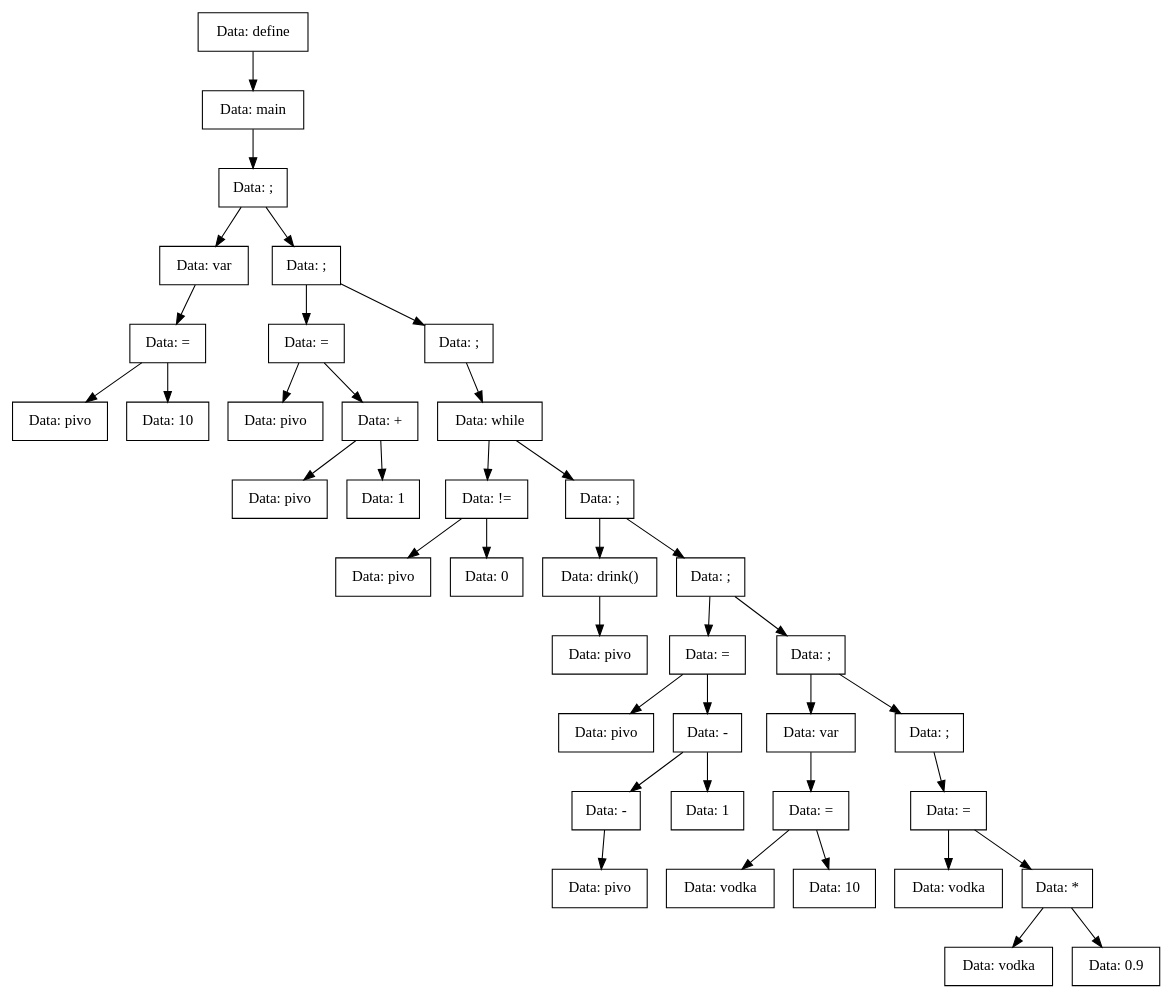
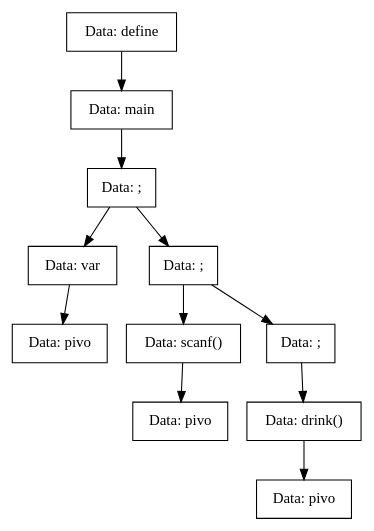
Before and after one commit to vorontsov-amd/Compiller: the diagram in TreeDump/main.dot, drawn with Graphviz. The commit also changed 21 other files, not shown here.

```diff
--- a/TreeDump/main.dot
+++ b/TreeDump/main.dot
@@ -1,79 +1,23 @@
 digraph main{
-Node0x561929f39360[shape="record", label="Data: define"];
-Node0x561929f39310[shape="record", label="Data: main"];
-Node0x561929f39270[shape="record", label="Data: ;"];
-Node0x561929f39090[shape="record", label="Data: var"];
-Node0x561929f390e0[shape="record", label="Data: ="];
-Node0x561929f39180[shape="record", label="Data: pivo"];
-Node0x561929f390e0->Node0x561929f39180;
-Node0x561929f39130[shape="record", label="Data: 10"];
-Node0x561929f390e0->Node0x561929f39130;
-Node0x561929f39090->Node0x561929f390e0;
-Node0x561929f39270->Node0x561929f39090;
-Node0x561929f38fa0[shape="record", label="Data: ;"];
-Node0x561929f39630[shape="record", label="Data: ="];
-Node0x561929f39540[shape="record", label="Data: pivo"];
-Node0x561929f39630->Node0x561929f39540;
-Node0x561929f39400[shape="record", label="Data: +"];
-Node0x561929f393b0[shape="record", label="Data: pivo"];
-Node0x561929f39400->Node0x561929f393b0;
-Node0x561929f391d0[shape="record", label="Data: 1"];
-Node0x561929f39400->Node0x561929f391d0;
-Node0x561929f39630->Node0x561929f39400;
-Node0x561929f38fa0->Node0x561929f39630;
-Node0x561929f39040[shape="record", label="Data: ;"];
-Node0x561929f38ff0[shape="record", label="Data: while"];
-Node0x561929f39860[shape="record", label="Data: !="];
-Node0x561929f398b0[shape="record", label="Data: pivo"];
-Node0x561929f39860->Node0x561929f398b0;
-Node0x561929f39a90[shape="record", label="Data: 0"];
-Node0x561929f39860->Node0x561929f39a90;
-Node0x561929f38ff0->Node0x561929f39860;
-Node0x561929f39b30[shape="record", label="Data: ;"];
-Node0x561929f39b80[shape="record", label="Data: drink()"];
-Node0x561929f39ae0[shape="record", label="Data: pivo"];
-Node0x561929f39b80->Node0x561929f39ae0;
-Node0x561929f39b30->Node0x561929f39b80;
-Node0x561929f39a40[shape="record", label="Data: ;"];
-Node0x561929f399f0[shape="record", label="Data: ="];
-Node0x561929f39900[shape="record", label="Data: pivo"];
-Node0x561929f399f0->Node0x561929f39900;
-Node0x561929f397c0[shape="record", label="Data: -"];
-Node0x561929f39770[shape="record", label="Data: -"];
-Node0x561929f39810[shape="record", label="Data: pivo"];
-Node0x561929f39770->Node0x561929f39810;
-Node0x561929f397c0->Node0x561929f39770;
-Node0x561929f39720[shape="record", label="Data: 1"];
-Node0x561929f397c0->Node0x561929f39720;
-Node0x561929f399f0->Node0x561929f397c0;
-Node0x561929f39a40->Node0x561929f399f0;
-Node0x561929f39680[shape="record", label="Data: ;"];
-Node0x561929f39950[shape="record", label="Data: var"];
-Node0x561929f399a0[shape="record", label="Data: ="];
-Node0x561929f396d0[shape="record", label="Data: vodka"];
-Node0x561929f399a0->Node0x561929f396d0;
-Node0x561929f392c0[shape="record", label="Data: 10"];
-Node0x561929f399a0->Node0x561929f392c0;
-Node0x561929f39950->Node0x561929f399a0;
-Node0x561929f39680->Node0x561929f39950;
-Node0x561929f39220[shape="record", label="Data: ;"];
-Node0x561929f394a0[shape="record", label="Data: ="];
-Node0x561929f394f0[shape="record", label="Data: vodka"];
-Node0x561929f394a0->Node0x561929f394f0;
-Node0x561929f39450[shape="record", label="Data: *"];
-Node0x561929f395e0[shape="record", label="Data: vodka"];
-Node0x561929f39450->Node0x561929f395e0;
-Node0x561929f39590[shape="record", label="Data: 0.9"];
-Node0x561929f39450->Node0x561929f39590;
-Node0x561929f394a0->Node0x561929f39450;
-Node0x561929f39220->Node0x561929f394a0;
-Node0x561929f39680->Node0x561929f39220;
-Node0x561929f39a40->Node0x561929f39680;
-Node0x561929f39b30->Node0x561929f39a40;
-Node0x561929f38ff0->Node0x561929f39b30;
-Node0x561929f39040->Node0x561929f38ff0;
-Node0x561929f38fa0->Node0x561929f39040;
-Node0x561929f39270->Node0x561929f38fa0;
-Node0x561929f39310->Node0x561929f39270;
-Node0x561929f39360->Node0x561929f39310;
+Node0x559510238ef0[shape="record", label="Data: define"];
+Node0x559510238f40[shape="record", label="Data: main"];
+Node0x559510238f90[shape="record", label="Data: ;"];
+Node0x559510238e50[shape="record", label="Data: var"];
+Node0x559510238ea0[shape="record", label="Data: pivo"];
+Node0x559510238e50->Node0x559510238ea0;
+Node0x559510238f90->Node0x559510238e50;
+Node0x559510238d60[shape="record", label="Data: ;"];
+Node0x559510238db0[shape="record", label="Data: scanf()"];
+Node0x559510238c70[shape="record", label="Data: pivo"];
+Node0x559510238db0->Node0x559510238c70;
+Node0x559510238d60->Node0x559510238db0;
+Node0x559510238e00[shape="record", label="Data: ;"];
+Node0x559510238d10[shape="record", label="Data: drink()"];
+Node0x559510238cc0[shape="record", label="Data: pivo"];
+Node0x559510238d10->Node0x559510238cc0;
+Node0x559510238e00->Node0x559510238d10;
+Node0x559510238d60->Node0x559510238e00;
+Node0x559510238f90->Node0x559510238d60;
+Node0x559510238f40->Node0x559510238f90;
+Node0x559510238ef0->Node0x559510238f40;
 }
```
